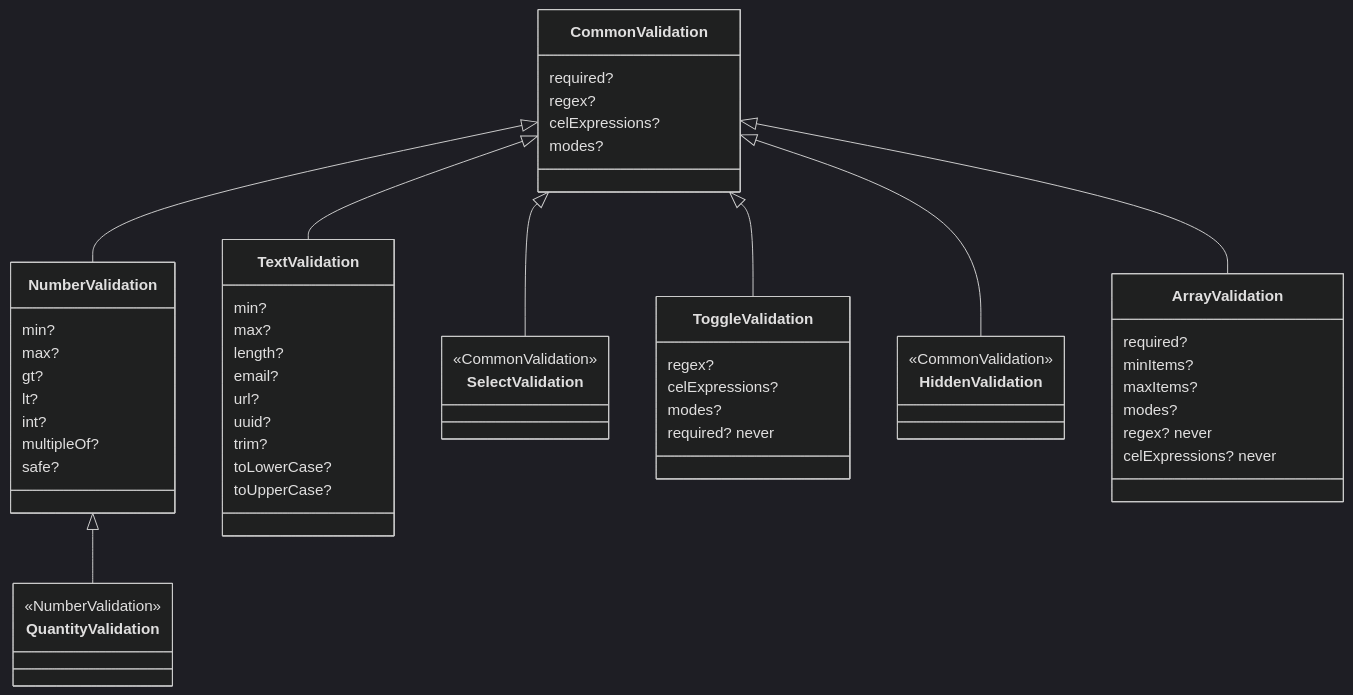
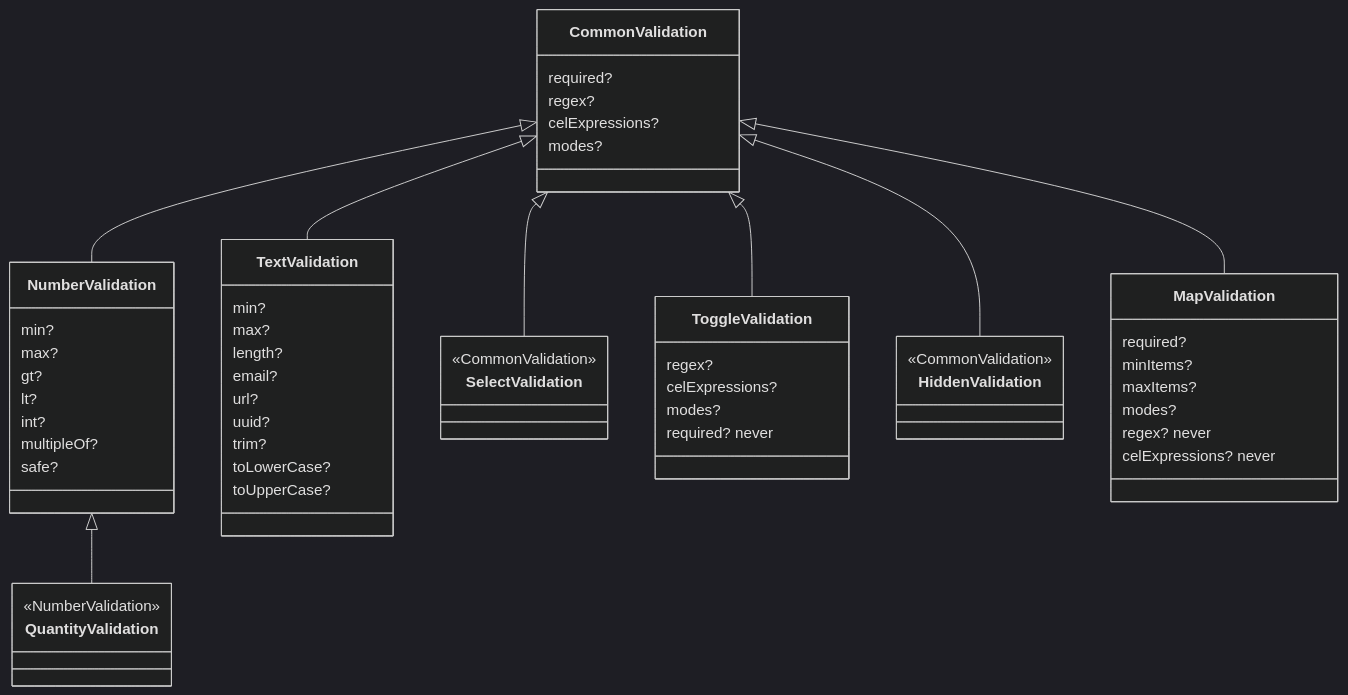
One commit to openeverest/openeverest changed the seventh of 7 diagrams in docs/ui/architecture/ui-generator/schema-reference.md. Above: the diagram before and after it, drawn with Mermaid (dark theme). The commit also changed other lines of this file and 44 other files, not shown here.

First line of the commit message:
feat(ui-generator): turn the array field into a map field (Tech Preview)

````diff
--- a/docs/ui/architecture/ui-generator/schema-reference.md
+++ b/docs/ui/architecture/ui-generator/schema-reference.md
@@ -207,59 +214,59 @@
 ```mermaid
 classDiagram
   class CommonValidation {
     required?
     regex?
     celExpressions?
     modes?
   }
   class NumberValidation {
     min?
     max?
     gt?
     lt?
     int?
     multipleOf?
     safe?
   }
   class QuantityValidation {
     <<NumberValidation>>
   }
   class TextValidation {
     min?
     max?
     length?
     email?
     url?
     uuid?
     trim?
     toLowerCase?
     toUpperCase?
   }
   class SelectValidation {
     <<CommonValidation>>
   }
   class ToggleValidation {
     regex?
     celExpressions?
     modes?
     required? never
   }
   class HiddenValidation {
     <<CommonValidation>>
   }
-  class ArrayValidation {
+  class MapValidation {
     required?
     minItems?
     maxItems?
     modes?
     regex? never
     celExpressions? never
   }
   CommonValidation <|-- NumberValidation
   NumberValidation <|-- QuantityValidation
   CommonValidation <|-- TextValidation
   CommonValidation <|-- SelectValidation
   CommonValidation <|-- ToggleValidation
   CommonValidation <|-- HiddenValidation
-  CommonValidation <|-- ArrayValidation
+  CommonValidation <|-- MapValidation
 ```
````
